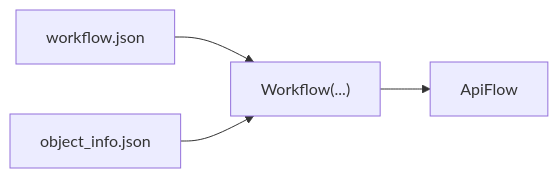
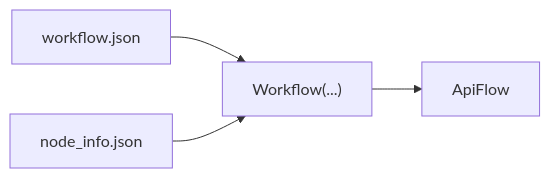
The third of 4 diagrams in docs/convert.md (chrisdreid/comfyui-autoflow), drawn with Mermaid before and after one commit. The commit also changed other lines of this file and 53 other files, not shown here.

Commit message:
Major update on dot.accessors and renamed object_info to node_info

````diff
--- a/docs/convert.md
+++ b/docs/convert.md
@@ -113,6 +113,6 @@
 ```mermaid
 flowchart LR
   workflowJson["workflow.json"] --> workflowObj["Workflow(...)"]
-  objectInfo["object_info.json"] --> workflowObj
+  objectInfo["node_info.json"] --> workflowObj
   workflowObj --> apiFlow["ApiFlow"]
 ```
````
